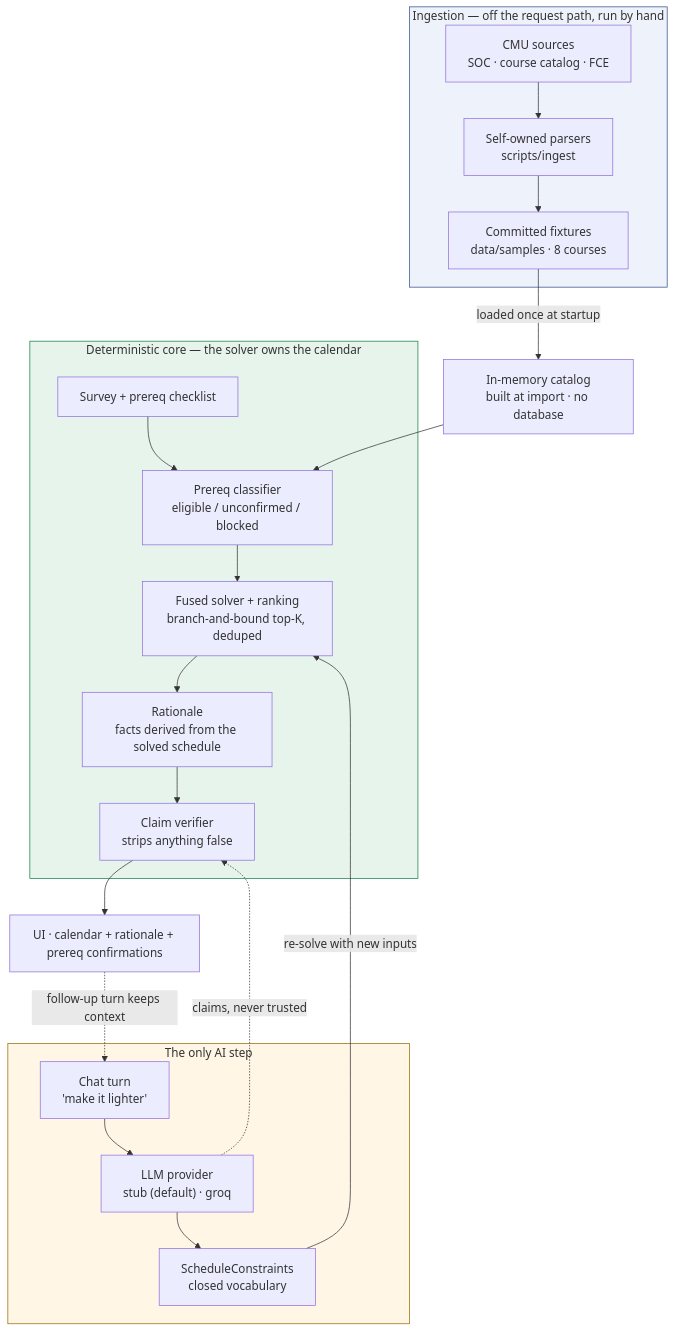
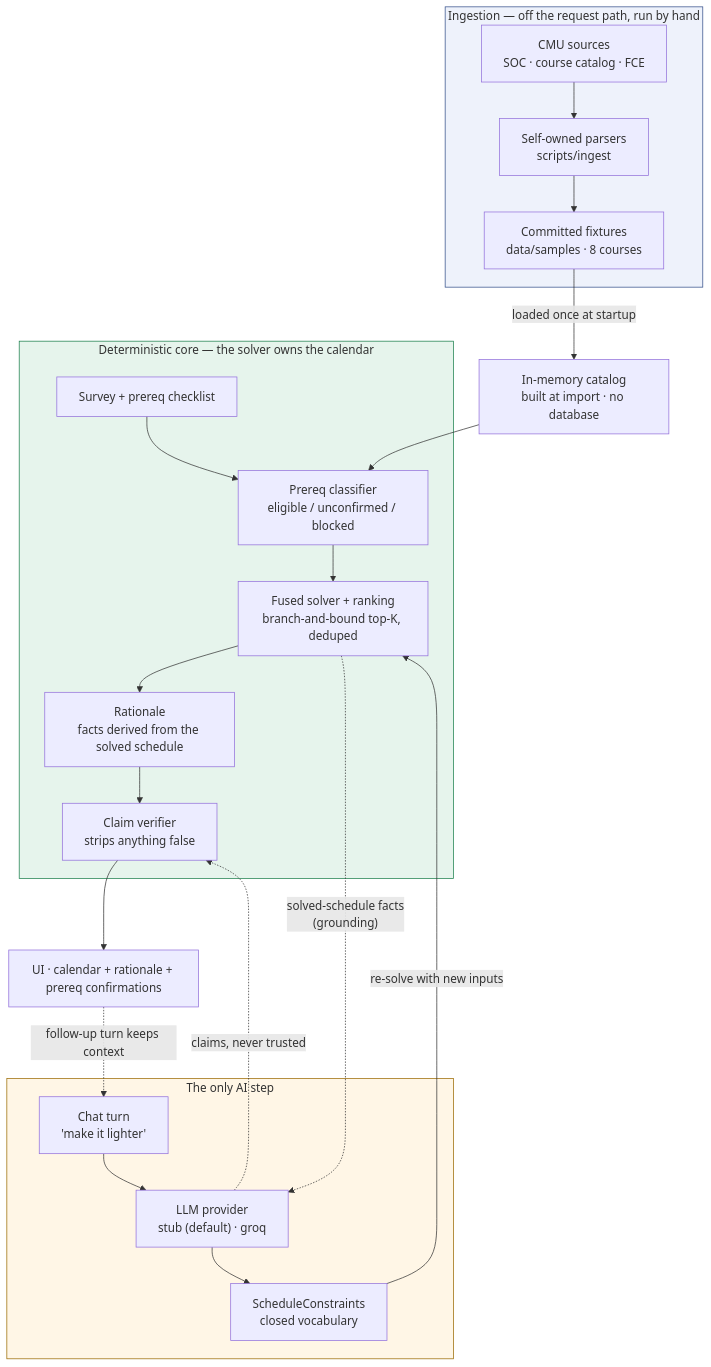
One commit to tanoctavius/cmu_scheduling_assistant changed the diagram in docs/architecture.md. Above: the diagram before and after it, drawn with Mermaid. The commit also changed other lines of this file and 3 other files, not shown here.

Commit message:
updated architectyre

````diff
--- a/docs/architecture.md
+++ b/docs/architecture.md
@@ -45,39 +56,40 @@
 ```mermaid
 flowchart TB
     subgraph ING["Ingestion — off the request path, run by hand"]
         SRC["CMU sources<br/>SOC · course catalog · FCE"]
         PARSE["Self-owned parsers<br/>scripts/ingest"]
         FIX["Committed fixtures<br/>data/samples · 8 courses"]
         SRC --> PARSE --> FIX
     end
 
     CAT["In-memory catalog<br/>built at import · no database"]
     FIX -->|"loaded once at startup"| CAT
 
     subgraph DET["Deterministic core — the solver owns the calendar"]
         SURVEY["Survey + prereq checklist"]
         CLS["Prereq classifier<br/>eligible / unconfirmed / blocked"]
         SOLVE["Fused solver + ranking<br/>branch-and-bound top-K, deduped"]
         RAT["Rationale<br/>facts derived from the solved schedule"]
         VER["Claim verifier<br/>strips anything false"]
         SURVEY --> CLS --> SOLVE --> RAT --> VER
     end
 
     CAT --> CLS
 
     subgraph AI["The only AI step"]
         CHAT["Chat turn<br/>'make it lighter'"]
         LLM["LLM provider<br/>stub (default) · groq"]
         CONS["ScheduleConstraints<br/>closed vocabulary"]
         CHAT --> LLM --> CONS
     end
 
+    SOLVE -.->|"solved-schedule facts<br/>(grounding)"| LLM
     CONS -->|"re-solve with new inputs"| SOLVE
     LLM -.->|"claims, never trusted"| VER
     VER --> UI["UI · calendar + rationale + prereq confirmations"]
     UI -.->|"follow-up turn keeps context"| CHAT
 
     style AI fill:#fff6e6,stroke:#9a6a00
     style DET fill:#e6f4ec,stroke:#1a7f4b
     style ING fill:#eef2fb,stroke:#35508a
 ```
````
